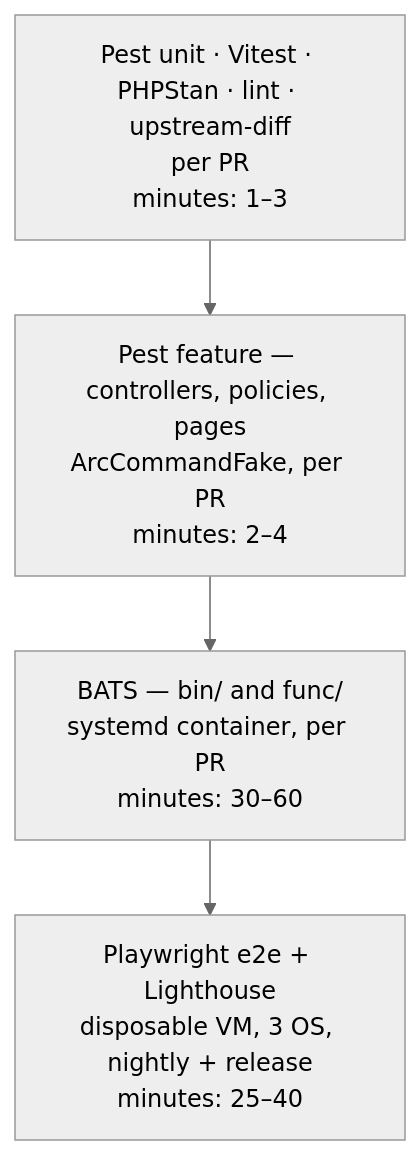
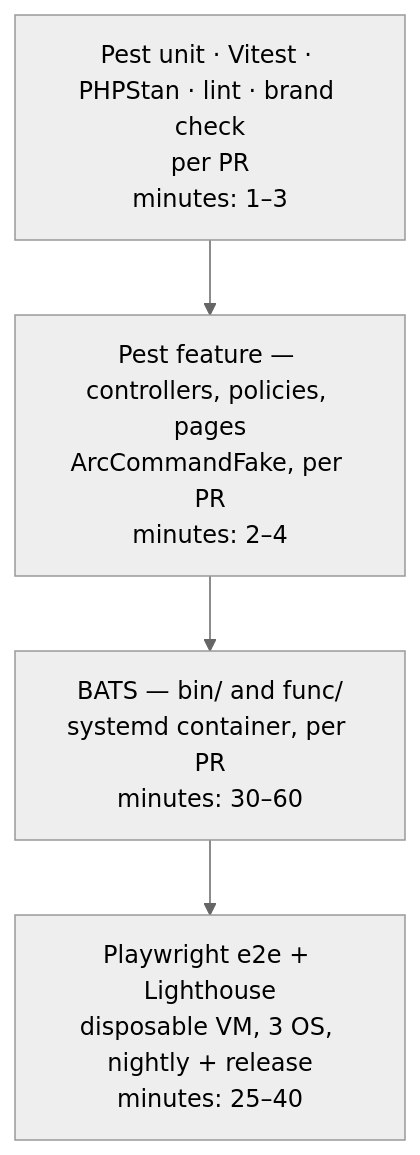
Before and after one commit to arc-panel-oss/arcpanel: the diagram in docs/design/11-testing-and-ci.md, drawn with Mermaid (neutral theme). The commit also changed other lines of this file and 59 other files, not shown here.

First line of the commit message:
feat(e9): rename tests and documents, and invert the brand check

````diff
--- a/docs/design/11-testing-and-ci.md
+++ b/docs/design/11-testing-and-ci.md
@@ -29,8 +29,8 @@
 ```mermaid
 flowchart TB
   e2e[Playwright e2e + Lighthouse<br/>disposable VM, 3 OS, nightly + release<br/>minutes: 25–40]
   bats[BATS — bin/ and func/<br/>systemd container, per PR<br/>minutes: 30–60]
   feature[Pest feature — controllers, policies, pages<br/>ArcCommandFake, per PR<br/>minutes: 2–4]
-  unit[Pest unit · Vitest · PHPStan · lint · upstream-diff<br/>per PR<br/>minutes: 1–3]
+  unit[Pest unit · Vitest · PHPStan · lint · brand check<br/>per PR<br/>minutes: 1–3]
   unit --> feature --> bats --> e2e
 ```
````
